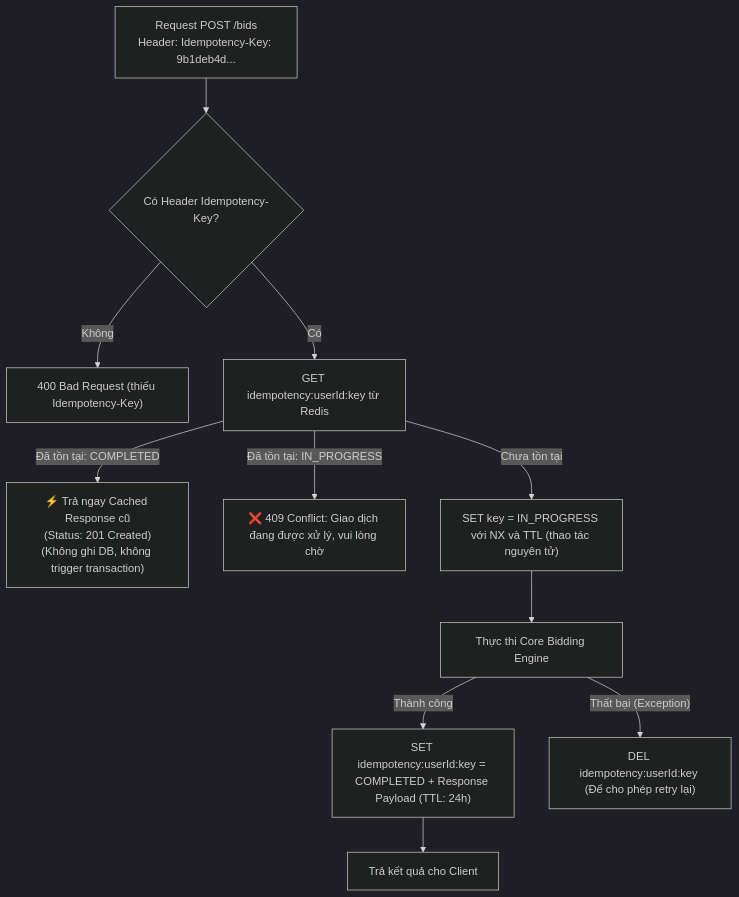
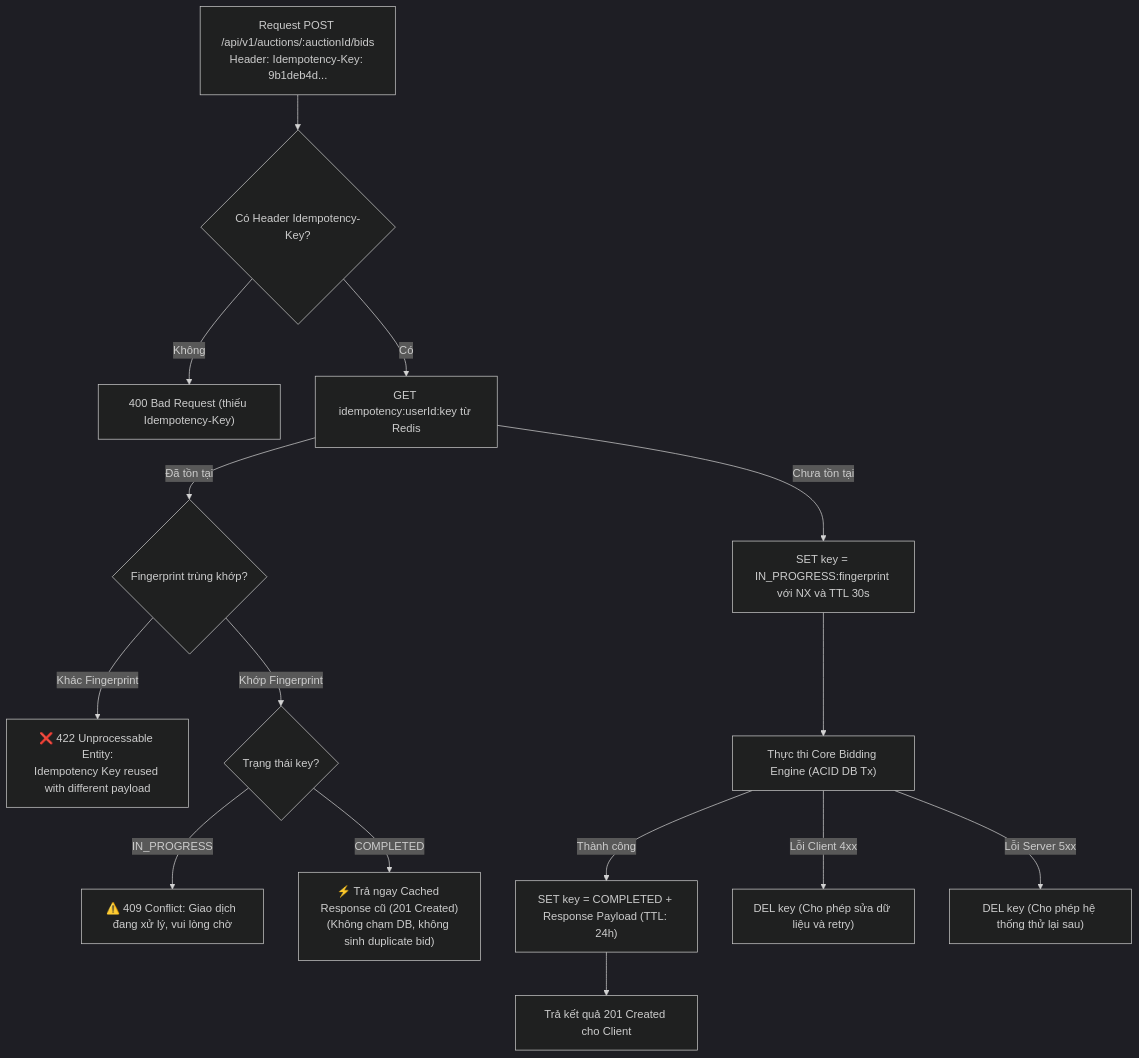
One commit to introvertkid/bidding-system changed the third of 5 diagrams in docs/archtecture_specific.md. Above: the diagram before and after it, drawn with Mermaid (dark theme). The commit also changed other lines of this file and 26 other files, not shown here.

Commit message:
feat(saga): implement post-auction settlement (GP5), mock deposits, and update architecture spec

````diff
--- a/docs/archtecture_specific.md
+++ b/docs/archtecture_specific.md
@@ -131,15 +145,19 @@
 ```mermaid
 flowchart TD
-    Req["Request POST /bids<br/>Header: Idempotency-Key: 9b1deb4d..."] --> CheckHeader{"Có Header Idempotency-Key?"}
+    Req["Request POST /api/v1/auctions/:auctionId/bids<br/>Header: Idempotency-Key: 9b1deb4d..."] --> CheckHeader{"Có Header Idempotency-Key?"}
     CheckHeader -->|"Không"| Warn["400 Bad Request (thiếu Idempotency-Key)"]
     CheckHeader -->|"Có"| CheckRedis["GET idempotency:userId:key từ Redis"]
     
-    CheckRedis -->|"Đã tồn tại: COMPLETED"| ReturnCached["⚡ Trả ngay Cached Response cũ<br/>(Status: 201 Created)<br/>(Không ghi DB, không trigger transaction)"]
-    CheckRedis -->|"Đã tồn tại: IN_PROGRESS"| ReturnConflict["❌ 409 Conflict: Giao dịch đang được xử lý, vui lòng chờ"]
-    CheckRedis -->|"Chưa tồn tại"| SetInProgress["SET key = IN_PROGRESS với NX và TTL (thao tác nguyên tử)"]
+    CheckRedis -->|"Đã tồn tại"| CheckFP{"Fingerprint trùng khớp?"}
+    CheckFP -->|"Khác Fingerprint"| Return422["❌ 422 Unprocessable Entity:<br/>Idempotency Key reused with different payload"]
+    CheckFP -->|"Khớp Fingerprint"| CheckStatus{"Trạng thái key?"}
+    CheckStatus -->|"IN_PROGRESS"| Return409["⚠️ 409 Conflict: Giao dịch đang xử lý, vui lòng chờ"]
+    CheckStatus -->|"COMPLETED"| ReturnCached["⚡ Trả ngay Cached Response cũ (201 Created)<br/>(Không chạm DB, không sinh duplicate bid)"]
 
-    SetInProgress --> ExecHandler["Thực thi Core Bidding Engine"]
-    ExecHandler -->|"Thành công"| CacheResult["SET idempotency:userId:key = COMPLETED + Response Payload (TTL: 24h)"]
-    ExecHandler -->|"Thất bại (Exception)"| DelKey["DEL idempotency:userId:key (Để cho phép retry lại)"]
-    CacheResult --> SendResponse["Trả kết quả cho Client"]
+    CheckRedis -->|"Chưa tồn tại"| SetInProgress["SET key = IN_PROGRESS:fingerprint với NX và TTL 30s"]
+    SetInProgress --> ExecHandler["Thực thi Core Bidding Engine (ACID DB Tx)"]
+    ExecHandler -->|"Thành công"| CacheResult["SET key = COMPLETED + Response Payload (TTL: 24h)"]
+    ExecHandler -->|"Lỗi Client 4xx"| DelKeyClient["DEL key (Cho phép sửa dữ liệu và retry)"]
+    ExecHandler -->|"Lỗi Server 5xx"| DelKeyServer["DEL key (Cho phép hệ thống thử lại sau)"]
+    CacheResult --> SendResponse["Trả kết quả 201 Created cho Client"]
 ```
````
